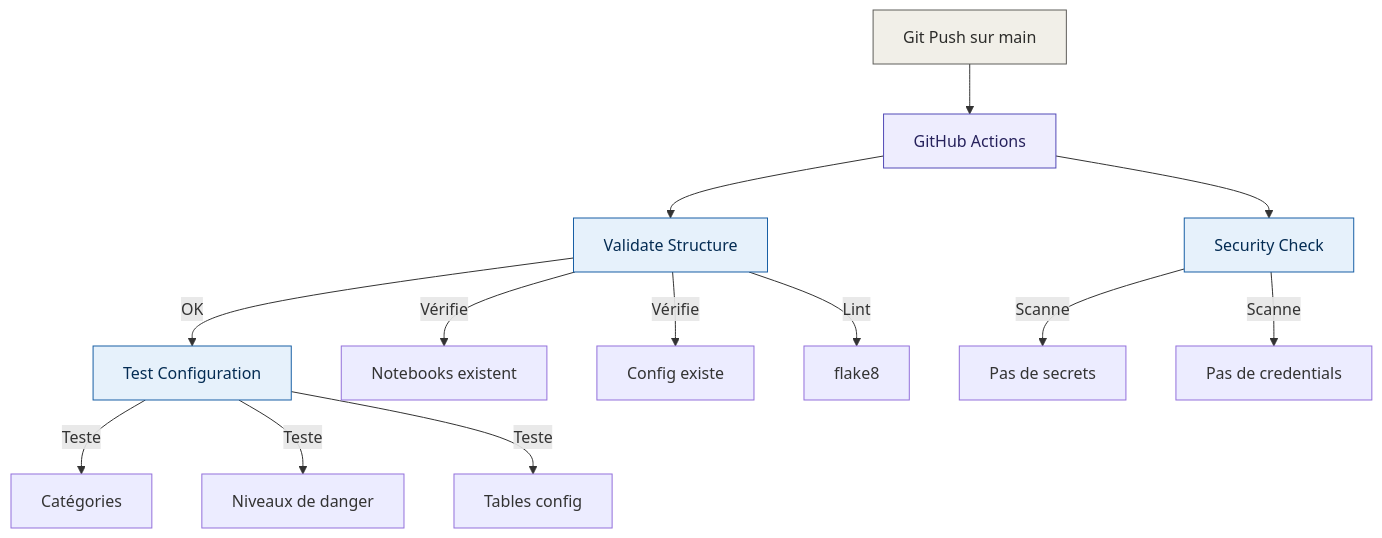
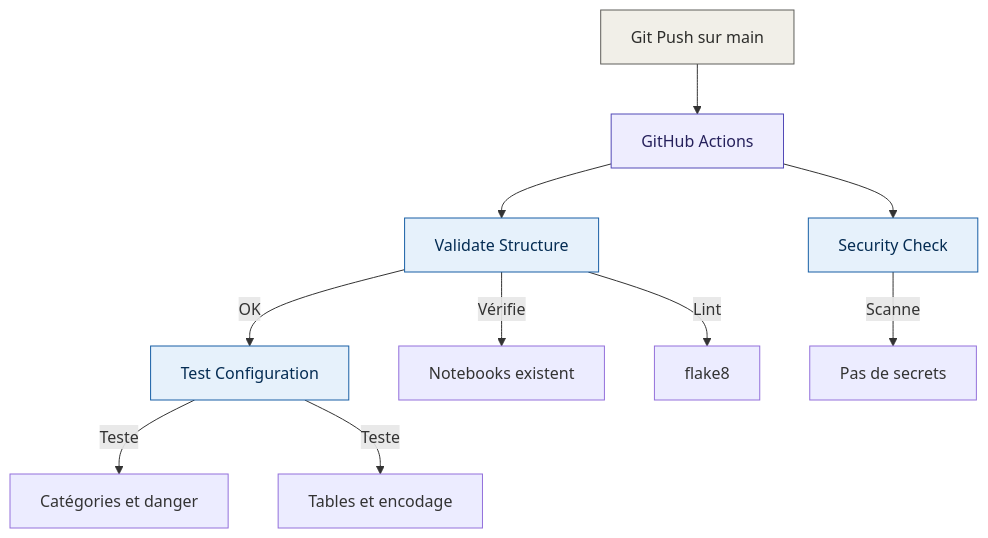
Before and after one commit to MariamDouamba/water-quality-pipeline: the third of 3 diagrams in README.md, drawn with Mermaid. The commit also changed other lines of this file, not shown here.

First line of the commit message:
docs: update README with Mermaid diagrams and full model

````diff
--- a/README.md
+++ b/README.md
@@ -79,22 +87,19 @@
 ```mermaid
 flowchart TD
     A[Git Push sur main] --> B[GitHub Actions]
     B --> C[Validate Structure]
     B --> E[Security Check]
     C -->|OK| D[Test Configuration]
 
     C -->|Vérifie| C1[Notebooks existent]
-    C -->|Vérifie| C2[Config existe]
-    C -->|Lint| C3[flake8]
-    D -->|Teste| D1[Catégories]
-    D -->|Teste| D2[Niveaux de danger]
-    D -->|Teste| D3[Tables config]
+    C -->|Lint| C2[flake8]
+    D -->|Teste| D1[Catégories et danger]
+    D -->|Teste| D2[Tables et encodage]
     E -->|Scanne| E1[Pas de secrets]
-    E -->|Scanne| E2[Pas de credentials]
 
     style A fill:#f1efe8,stroke:#5f5e5a,color:#2c2c2a
     style B fill:#eeedfe,stroke:#534ab7,color:#26215c
     style C fill:#e6f1fb,stroke:#185fa5,color:#042c53
     style D fill:#e6f1fb,stroke:#185fa5,color:#042c53
     style E fill:#e6f1fb,stroke:#185fa5,color:#042c53
 ```
````
